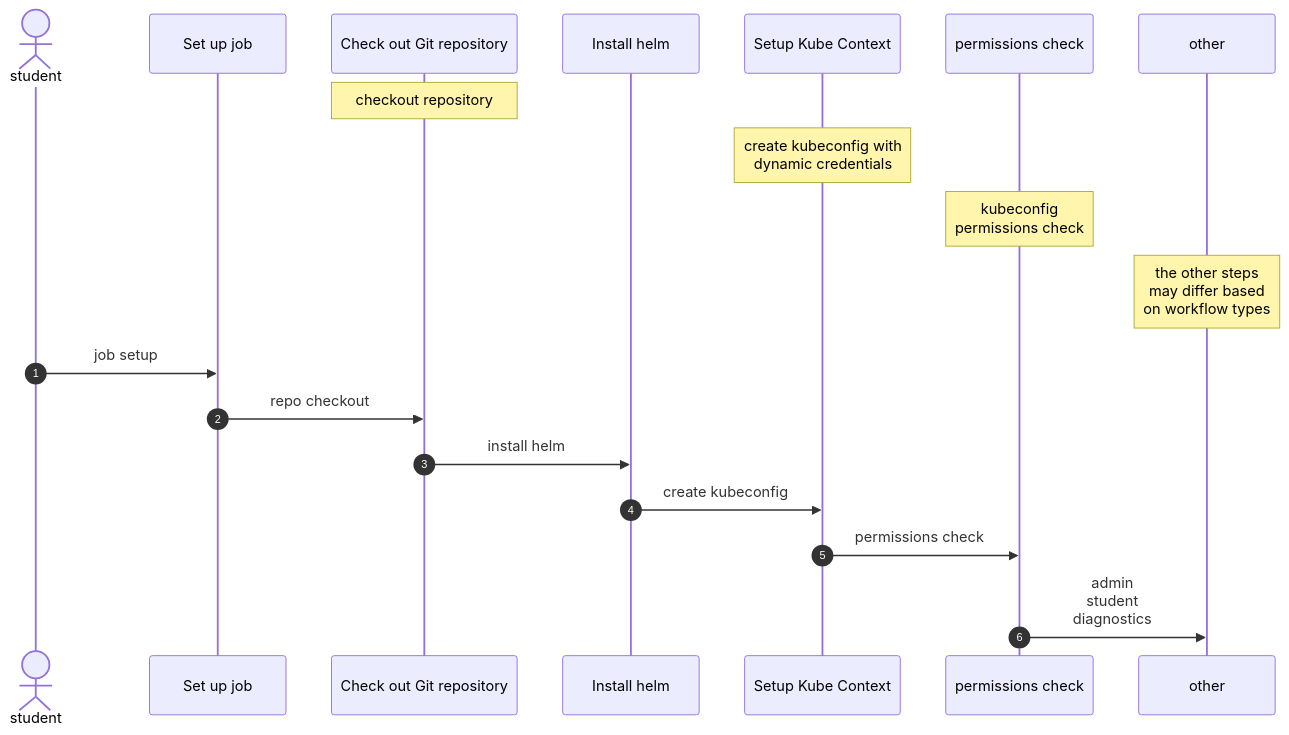
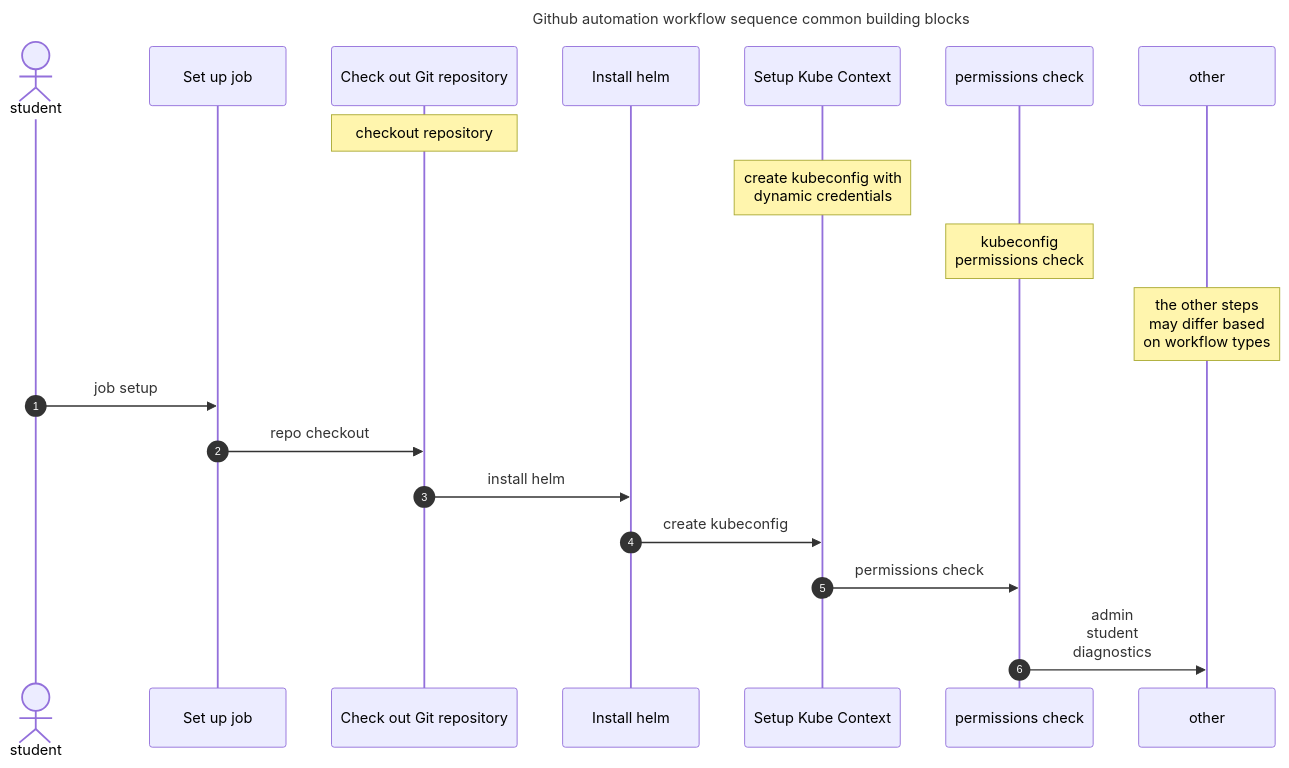
The fourth of 7 diagrams in exercises/ex1/README.md (thsandfuchs/teched2025-XP2642), drawn with Mermaid before and after one commit. The commit also changed other lines of this file, not shown here.

````diff
--- a/exercises/ex1/README.md
+++ b/exercises/ex1/README.md
@@ -196,23 +197,29 @@
 ```mermaid
+---
+title: Github automation workflow sequence common building blocks
+config:
+  theme: classic
+  securityLevel: "loose"
+---
 sequenceDiagram
   actor me as student
   participant job as Set up job
   participant repo as Check out Git repository
   participant helm as Install helm
   participant kube as Setup Kube Context
   participant check as permissions check
   participant other as other
 
   Note over repo: checkout repository
   Note over kube: create kubeconfig with<br/>dynamic credentials
   Note over check: kubeconfig<br>permissions check
   Note over other: the other steps<br>may differ based<br>on workflow types
   autonumber
   me ->> job: job setup
   job ->> repo: repo checkout
   repo ->> helm: install helm
   helm ->> kube: create kubeconfig
   kube ->> check: permissions check
   check ->> other: admin<br>student<br>diagnostics
 
 ```
````
